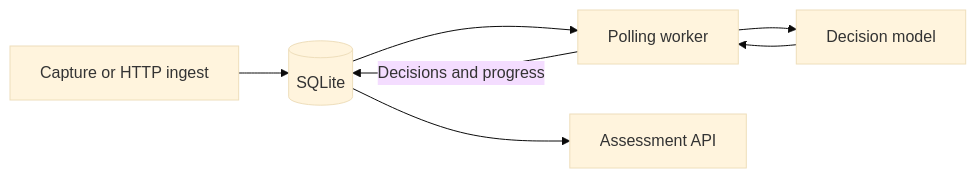
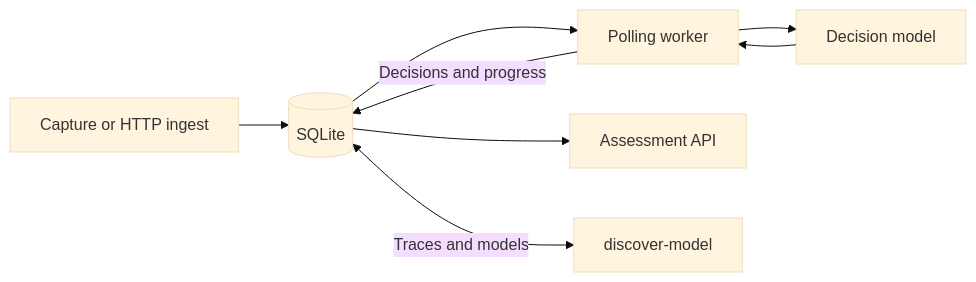
The diagram in docs/developer_guide.md (b-a-merritt/msse692), drawn with Mermaid (base theme) before and after one commit. The commit also changed other lines of this file and 4 other files, not shown here.

````diff
--- a/docs/developer_guide.md
+++ b/docs/developer_guide.md
@@ -7,9 +7,10 @@
 ```mermaid
 flowchart LR
     C[Capture or HTTP ingest] --> D[(SQLite)]
     D --> W[Polling worker]
     W --> M[Decision model]
     M --> W
     W -->|Decisions and progress| D
     D --> A[Assessment API]
+    D <-->|Traces and models| X[discover-model]
 ```
````
